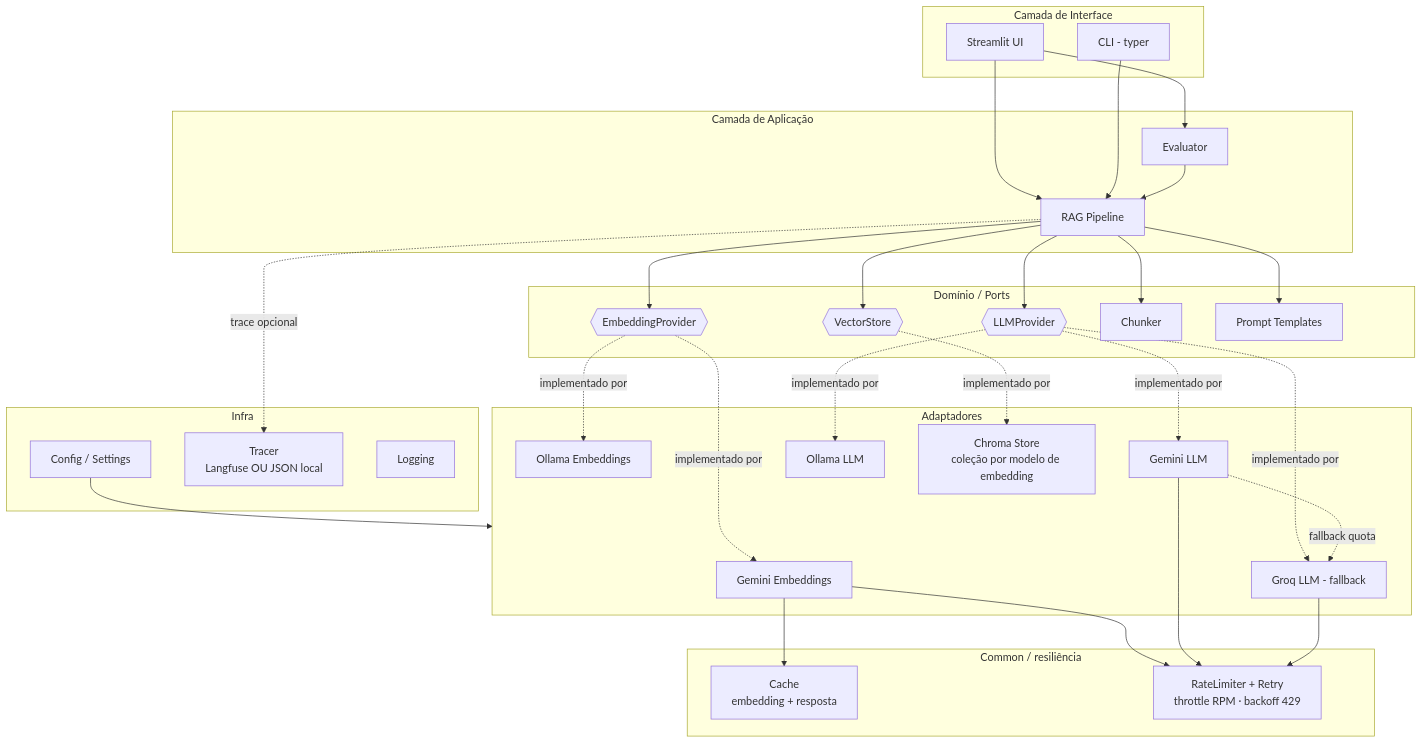
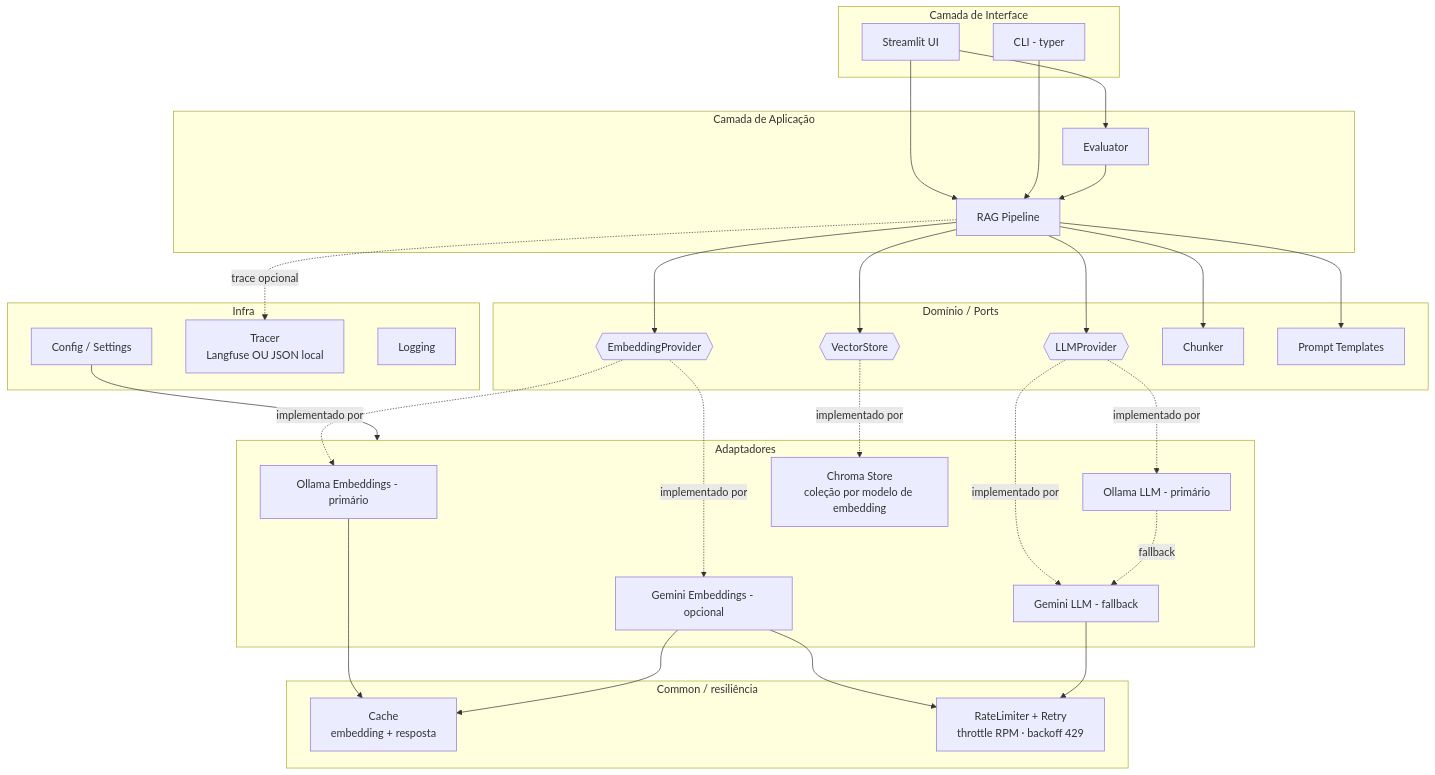
One commit to mathfrancisco/Personal-RAG-Assistant changed the second of 11 diagrams in docs/DIAGRAMS.md. Above: the diagram before and after it, drawn with Mermaid. The commit also changed other lines of this file and 26 other files, not shown here.

First line of the commit message:
feat(phase-0): scaffold + local-first strategy (Ollama primary, Gemini fallback)

````diff
--- a/docs/DIAGRAMS.md
+++ b/docs/DIAGRAMS.md
@@ -36,66 +34,64 @@
 ```mermaid
 flowchart TB
     subgraph UI[Camada de Interface]
         streamlit[Streamlit UI]
         cli[CLI - typer]
     end
 
     subgraph APP[Camada de Aplicação]
         pipeline[RAG Pipeline]
         evaluator[Evaluator]
     end
 
     subgraph DOMAIN[Domínio / Ports]
         iemb{{EmbeddingProvider}}
         illm{{LLMProvider}}
         ivs{{VectorStore}}
         chunker[Chunker]
         prompts[Prompt Templates]
     end
 
     subgraph COMMON[Common / resiliência]
         cache[Cache<br/>embedding + resposta]
         rl[RateLimiter + Retry<br/>throttle RPM · backoff 429]
     end
 
     subgraph ADAPTERS[Adaptadores]
-        gemini_emb[Gemini Embeddings]
-        ollama_emb[Ollama Embeddings]
-        gemini_llm[Gemini LLM]
-        groq_llm[Groq LLM - fallback]
-        ollama_llm[Ollama LLM]
+        ollama_emb[Ollama Embeddings - primário]
+        gemini_emb[Gemini Embeddings - opcional]
+        ollama_llm[Ollama LLM - primário]
+        gemini_llm[Gemini LLM - fallback]
         chroma[Chroma Store<br/>coleção por modelo de embedding]
     end
 
     subgraph INFRA[Infra]
         config[Config / Settings]
         tracer[Tracer<br/>Langfuse OU JSON local]
         logging[Logging]
     end
 
     streamlit --> pipeline
     cli --> pipeline
     streamlit --> evaluator
     pipeline --> chunker
     pipeline --> prompts
     pipeline --> iemb
     pipeline --> illm
     pipeline --> ivs
     evaluator --> pipeline
 
+    iemb -.implementado por.-> ollama_emb
     iemb -.implementado por.-> gemini_emb
-    iemb -.implementado por.-> ollama_emb
+    illm -.implementado por.-> ollama_llm
     illm -.implementado por.-> gemini_llm
-    illm -.implementado por.-> groq_llm
-    illm -.implementado por.-> ollama_llm
     ivs -.implementado por.-> chroma
 
+    ollama_emb --> cache
     gemini_emb --> cache
     gemini_emb --> rl
     gemini_llm --> rl
-    groq_llm --> rl
-    gemini_llm -. fallback quota .-> groq_llm
+    ollama_llm -. fallback .-> gemini_llm
 
     pipeline -.trace opcional.-> tracer
     config --> ADAPTERS
 ```
````
